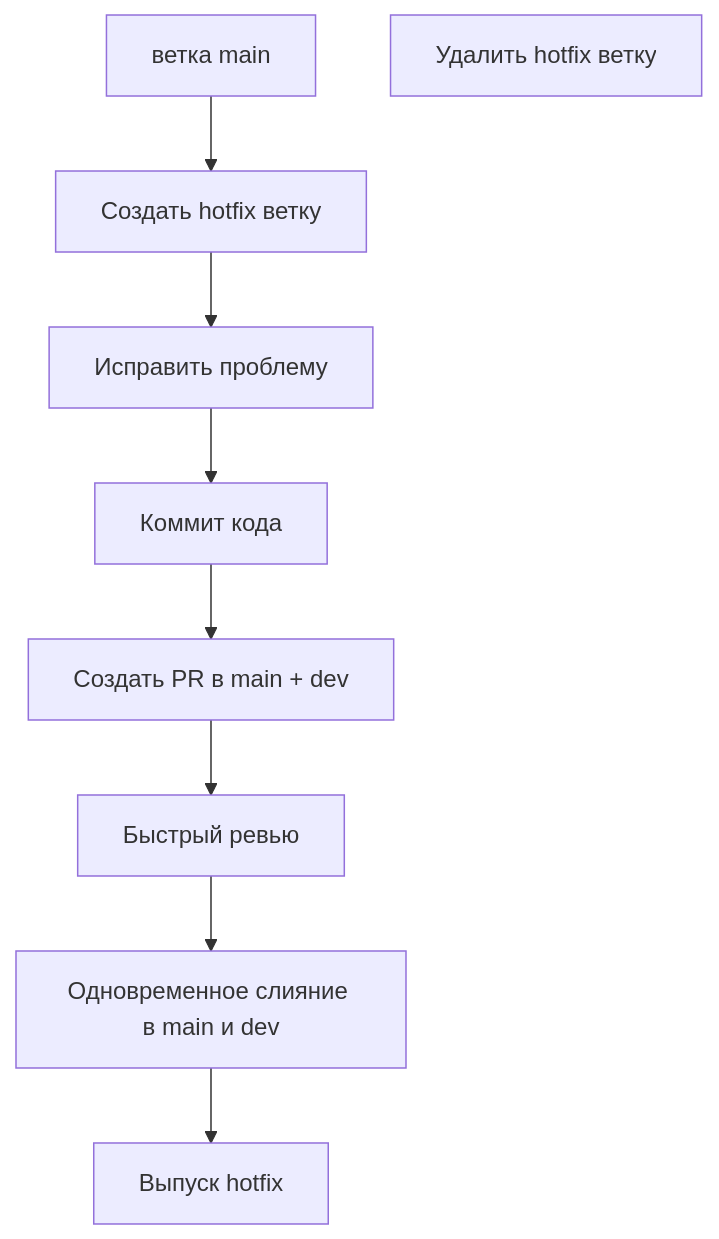
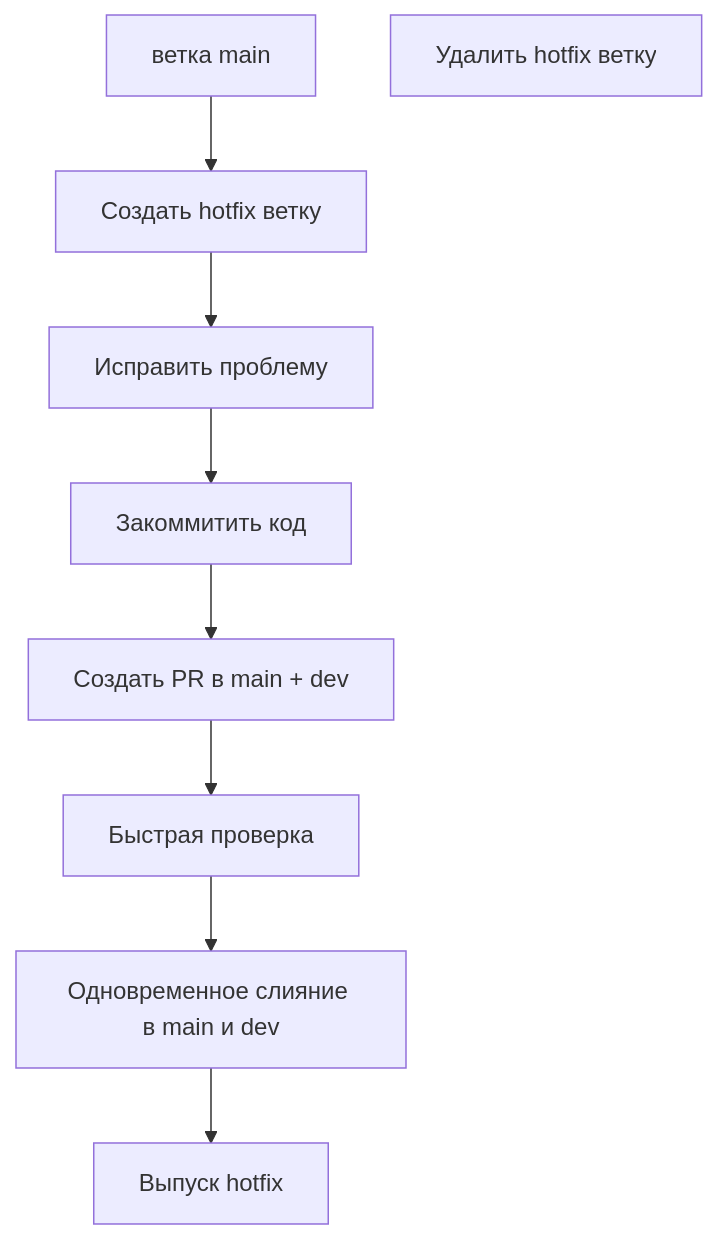
One commit to ChenXu233/YaoXiang changed the second of 3 diagrams in docs/src/ru/dev/branch-maintenance-guide.md. Above: the diagram before and after it, drawn with Mermaid. The commit also changed other lines of this file and 236 other files, not shown here.

````diff
--- a/docs/src/ru/dev/branch-maintenance-guide.md
+++ b/docs/src/ru/dev/branch-maintenance-guide.md
@@ -167,11 +167,11 @@
 ```mermaid
 graph TD
     A[ветка main] --> B[Создать hotfix ветку]
     B --> C[Исправить проблему]
-    C --> D[Коммит кода]
+    C --> D[Закоммитить код]
     D --> E[Создать PR в main + dev]
-    E --> F[Быстрый ревью]
+    E --> F[Быстрая проверка]
     F --> G[Одновременное слияние в main и dev]
     G --> H[Выпуск hotfix]
     I[Удалить hotfix ветку]
 ```
````
